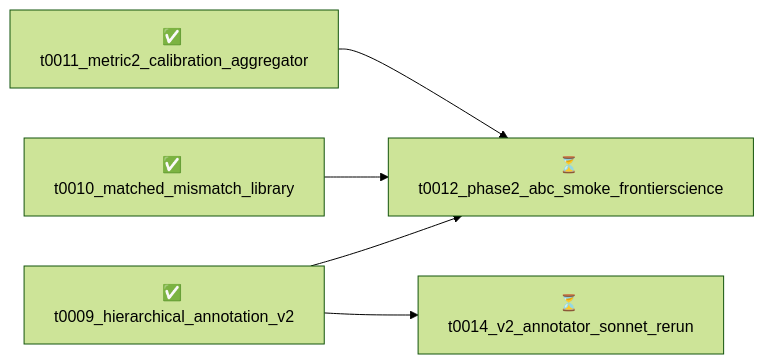
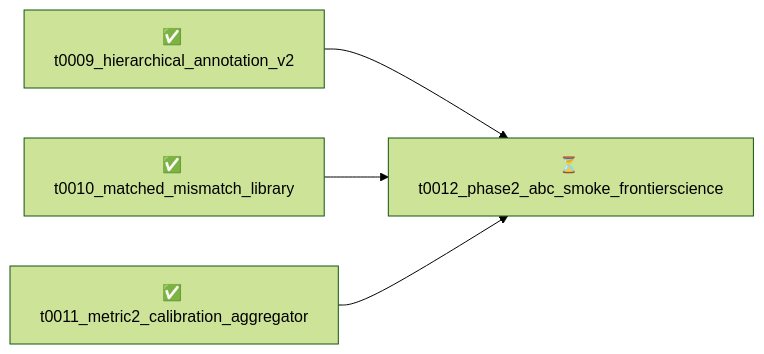
Before and after one commit to omniscale-ai/reasoning-scale2: the diagram in overview/tasks/README.md, drawn with Mermaid (forest theme). The commit also changed other lines of this file and 43 other files, not shown here.

Commit message:
overview: refresh after t0014_v2_annotator_sonnet_rerun

````diff
--- a/overview/tasks/README.md
+++ b/overview/tasks/README.md
@@ -12,13 +12,11 @@
 ```mermaid
 graph LR
     t0009_hierarchical_annotation_v2["✅ t0009_hierarchical_annotation_v2"]
     t0010_matched_mismatch_library["✅ t0010_matched_mismatch_library"]
     t0011_metric2_calibration_aggregator["✅ t0011_metric2_calibration_aggregator"]
     t0012_phase2_abc_smoke_frontierscience["⏳ t0012_phase2_abc_smoke_frontierscience"]
-    t0014_v2_annotator_sonnet_rerun["⏳ t0014_v2_annotator_sonnet_rerun"]
 
     t0009_hierarchical_annotation_v2 --> t0012_phase2_abc_smoke_frontierscience
     t0010_matched_mismatch_library --> t0012_phase2_abc_smoke_frontierscience
     t0011_metric2_calibration_aggregator --> t0012_phase2_abc_smoke_frontierscience
-    t0009_hierarchical_annotation_v2 --> t0014_v2_annotator_sonnet_rerun
 ```
````
